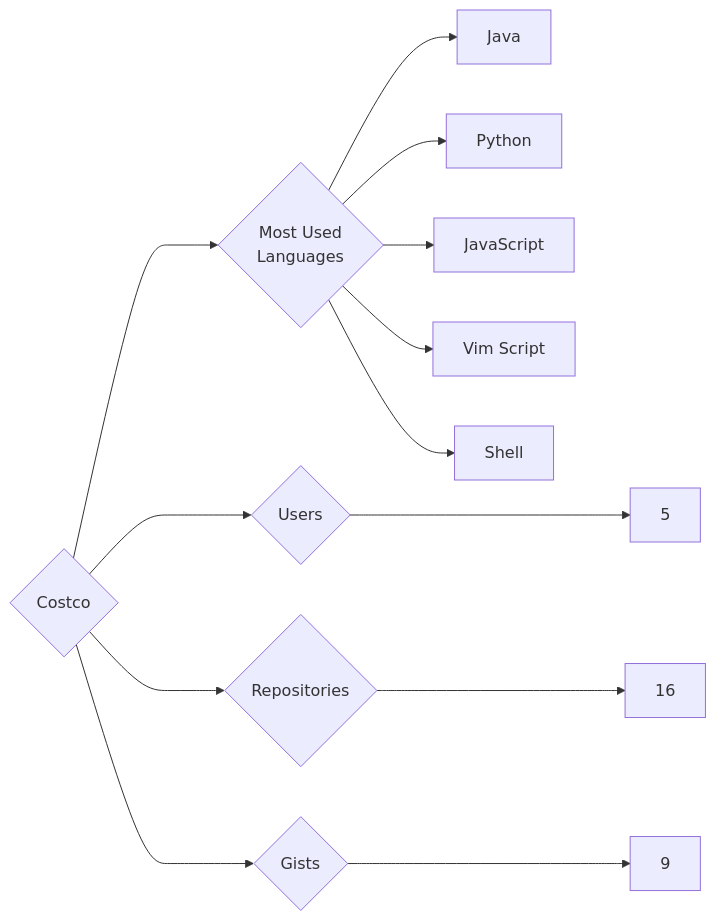
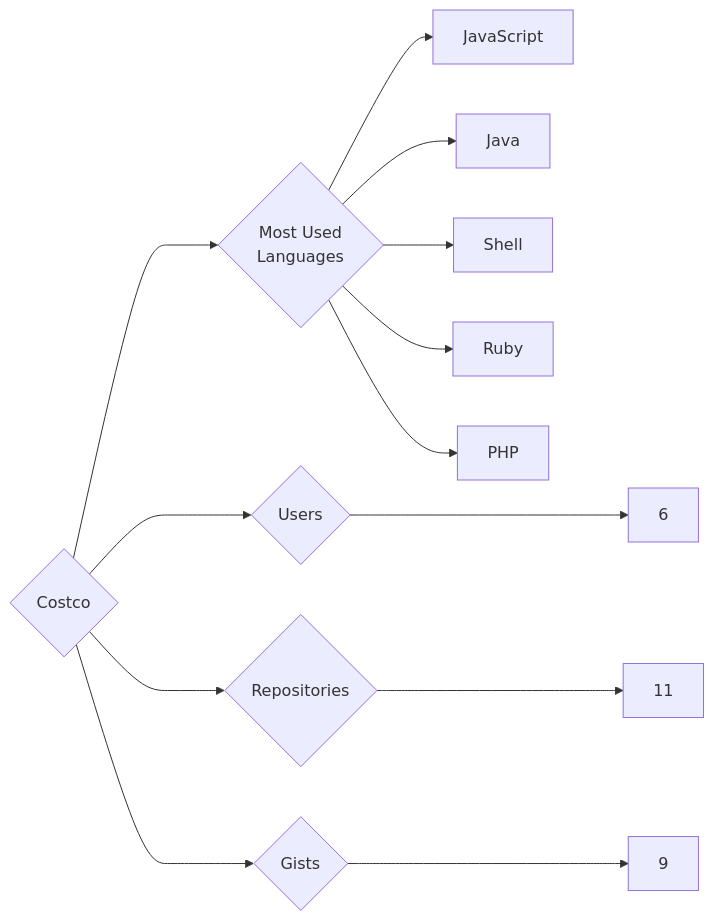
The diagram in targets/Costco/README.md (trickest/insiders), drawn with Mermaid before and after one commit. The commit also changed 679 other files, not shown here.

````diff
--- a/targets/Costco/README.md
+++ b/targets/Costco/README.md
@@ -3,13 +3,13 @@
 ```mermaid
 graph LR
 COMPANY_NAME{Costco}
-COMPANY_NAME ---> U{Users} ---> UN[5]
-COMPANY_NAME ---> R{Repositories} ---> RN[16]
+COMPANY_NAME ---> U{Users} ---> UN[6]
+COMPANY_NAME ---> R{Repositories} ---> RN[11]
 COMPANY_NAME ---> G{Gists} ---> GN[9]
 COMPANY_NAME ---> ML{Most Used<br>Languages}
+ML --> JavaScript[JavaScript]
 ML --> Java[Java]
-ML --> Python[Python]
-ML --> JavaScript[JavaScript]
-ML --> Vim_Script[Vim Script]
 ML --> Shell[Shell]
+ML --> Ruby[Ruby]
+ML --> PHP[PHP]
 ```
````
